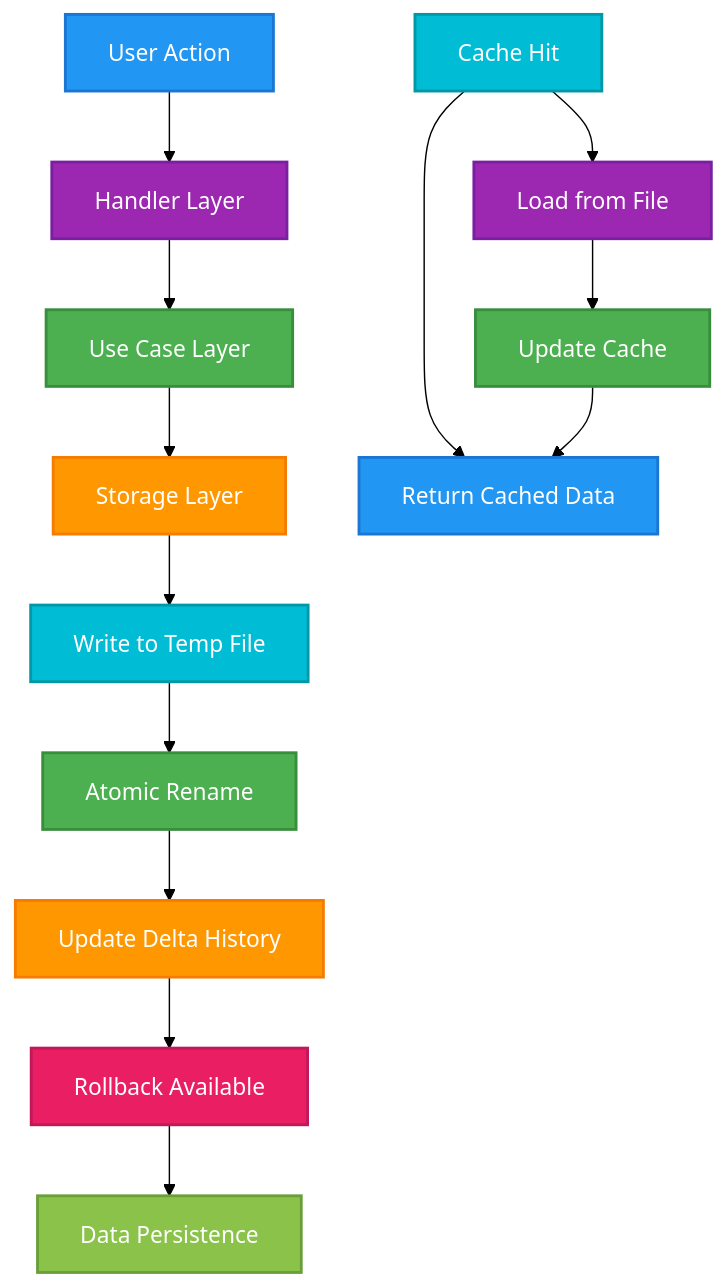
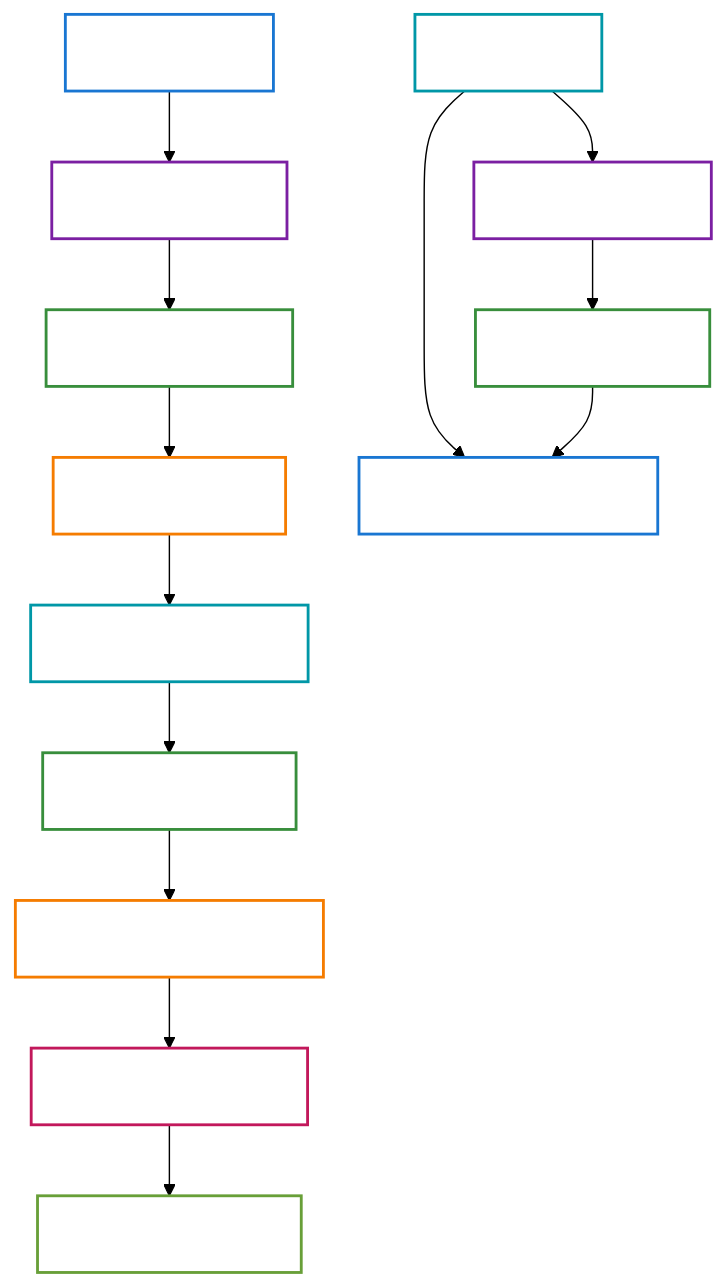
One commit to eannchen/leetsolv changed the second of 8 diagrams in README.md. Above: the diagram before and after it, drawn with Mermaid (forest theme). The commit also changed other lines of this file, not shown here.

Commit message:
docs: update README.md to adjust flowchart styles by adding fill-opacity for improved visual clarity and consistency across all sections

````diff
--- a/README.md
+++ b/README.md
@@ -115,30 +115,30 @@
 ```mermaid
 graph TD
     A["User Action"] --> B["Handler Layer"]
     B --> C["Use Case Layer"]
     C --> D["Storage Layer"]
     D --> G["Write to Temp File"]
     G --> H["Atomic Rename"]
     H --> I["Update Delta History"]
     I --> J["Rollback Available"]
     J --> K["Data Persistence"]
 
 
     L["Cache Hit"] --> M["Return Cached Data"] & N["Load from File"]
     N --> O["Update Cache"]
     O --> M
 
-    style A fill:#2196F3,stroke:#1976D2,stroke-width:2px,color:#ffffff
-    style B fill:#9C27B0,stroke:#7B1FA2,stroke-width:2px,color:#ffffff
-    style C fill:#4CAF50,stroke:#388E3C,stroke-width:2px,color:#ffffff
-    style D fill:#FF9800,stroke:#F57C00,stroke-width:2px,color:#ffffff
-    style G fill:#00BCD4,stroke:#0097A7,stroke-width:2px,color:#ffffff
-    style H fill:#4CAF50,stroke:#388E3C,stroke-width:2px,color:#ffffff
-    style I fill:#FF9800,stroke:#F57C00,stroke-width:2px,color:#ffffff
-    style J fill:#E91E63,stroke:#C2185B,stroke-width:2px,color:#ffffff
-    style K fill:#8BC34A,stroke:#689F38,stroke-width:2px,color:#ffffff
-    style L fill:#00BCD4,stroke:#0097A7,stroke-width:2px,color:#ffffff
-    style M fill:#2196F3,stroke:#1976D2,stroke-width:2px,color:#ffffff
-    style N fill:#9C27B0,stroke:#7B1FA2,stroke-width:2px,color:#ffffff
-    style O fill:#4CAF50,stroke:#388E3C,stroke-width:2px,color:#ffffff
+    style A fill:#2196F3,fill-opacity:0,stroke:#1976D2,stroke-width:2px,color:#ffffff
+    style B fill:#9C27B0,fill-opacity:0,stroke:#7B1FA2,stroke-width:2px,color:#ffffff
+    style C fill:#4CAF50,fill-opacity:0,stroke:#388E3C,stroke-width:2px,color:#ffffff
+    style D fill:#FF9800,fill-opacity:0,stroke:#F57C00,stroke-width:2px,color:#ffffff
+    style G fill:#00BCD4,fill-opacity:0,stroke:#0097A7,stroke-width:2px,color:#ffffff
+    style H fill:#4CAF50,fill-opacity:0,stroke:#388E3C,stroke-width:2px,color:#ffffff
+    style I fill:#FF9800,fill-opacity:0,stroke:#F57C00,stroke-width:2px,color:#ffffff
+    style J fill:#E91E63,fill-opacity:0,stroke:#C2185B,stroke-width:2px,color:#ffffff
+    style K fill:#8BC34A,fill-opacity:0,stroke:#689F38,stroke-width:2px,color:#ffffff
+    style L fill:#00BCD4,fill-opacity:0,stroke:#0097A7,stroke-width:2px,color:#ffffff
+    style M fill:#2196F3,fill-opacity:0,stroke:#1976D2,stroke-width:2px,color:#ffffff
+    style N fill:#9C27B0,fill-opacity:0,stroke:#7B1FA2,stroke-width:2px,color:#ffffff
+    style O fill:#4CAF50,fill-opacity:0,stroke:#388E3C,stroke-width:2px,color:#ffffff
 ```
````
